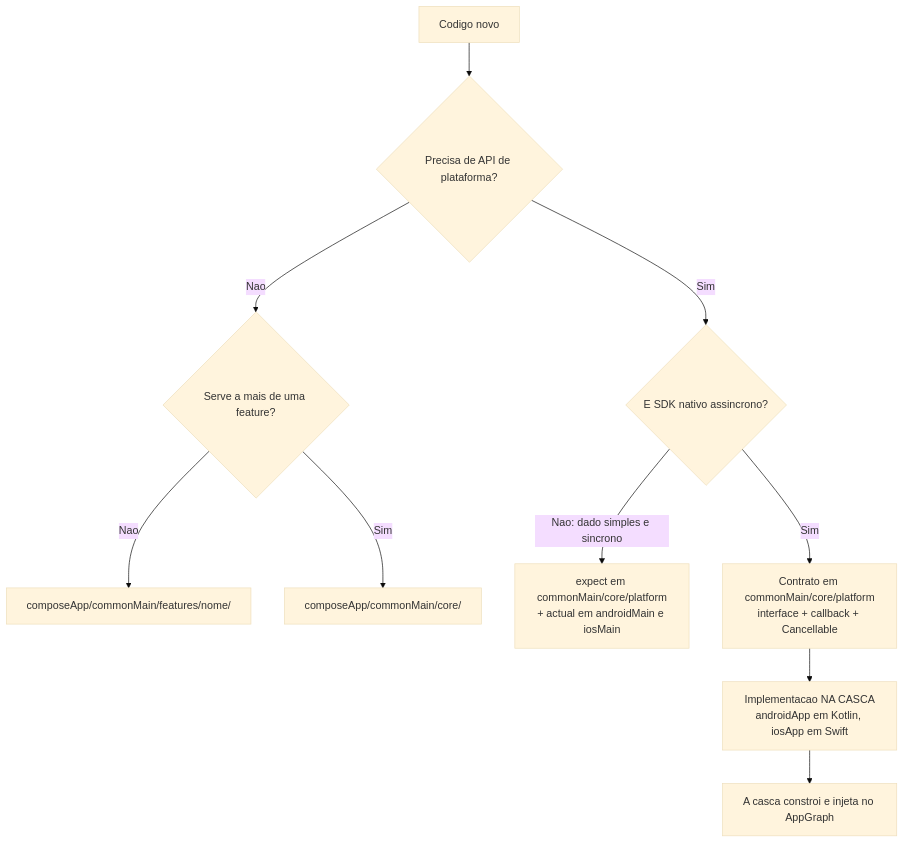
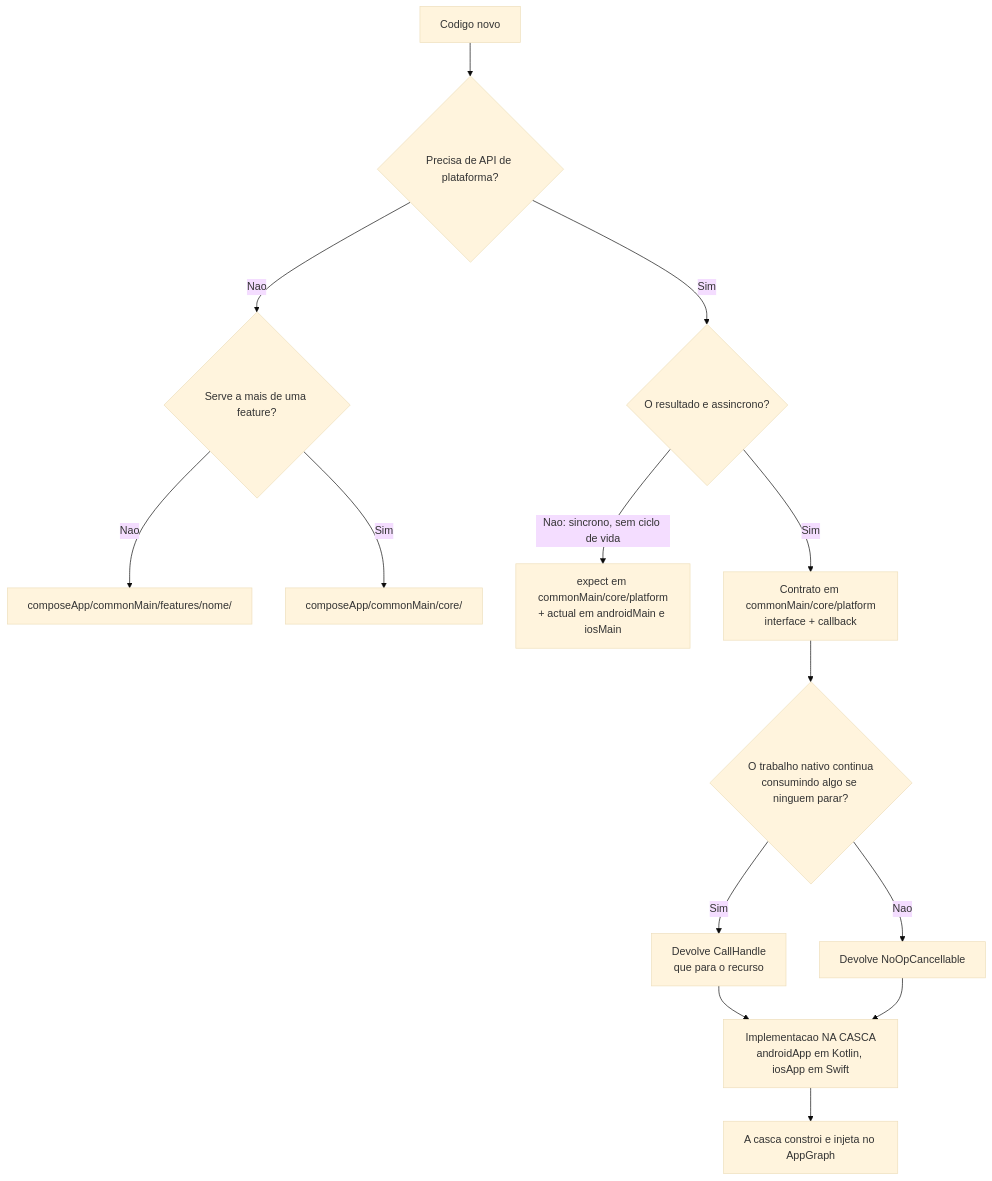
One commit to christianalexandre/kmp-foundation changed the second of 4 diagrams in docs/sdd/03_mapa_de_codigo.md. Above: the diagram before and after it, drawn with Mermaid (base theme). The commit also changed other lines of this file and 6 other files, not shown here.

````diff
--- a/docs/sdd/03_mapa_de_codigo.md
+++ b/docs/sdd/03_mapa_de_codigo.md
@@ -62,16 +62,20 @@
 ```mermaid
 flowchart TD
     inicio["Codigo novo"] --> q1{"Precisa de API de plataforma?"}
 
     q1 -->|Nao| q5{"Serve a mais de uma feature?"}
     q5 -->|Nao| feat["composeApp/commonMain/features/nome/"]
     q5 -->|Sim| core["composeApp/commonMain/core/"]
 
-    q1 -->|Sim| q2{"E SDK nativo assincrono?"}
+    q1 -->|Sim| q2{"O resultado e assincrono?"}
 
-    q2 -->|"Nao: dado simples e sincrono"| ea["expect em commonMain/core/platform<br/>+ actual em androidMain e iosMain"]
+    q2 -->|"Nao: sincrono, sem ciclo de vida"| ea["expect em commonMain/core/platform<br/>+ actual em androidMain e iosMain"]
 
-    q2 -->|Sim| contrato["Contrato em commonMain/core/platform<br/>interface + callback + Cancellable"]
-    contrato --> impl["Implementacao NA CASCA<br/>androidApp em Kotlin, iosApp em Swift"]
+    q2 -->|Sim| contrato["Contrato em commonMain/core/platform<br/>interface + callback"]
+    contrato --> q3{"O trabalho nativo continua<br/>consumindo algo se ninguem parar?"}
+    q3 -->|Sim| handle["Devolve CallHandle<br/>que para o recurso"]
+    q3 -->|Nao| noop["Devolve NoOpCancellable"]
+    handle --> impl["Implementacao NA CASCA<br/>androidApp em Kotlin, iosApp em Swift"]
+    noop --> impl
     impl --> injeta["A casca constroi e injeta no AppGraph"]
 ```
````
